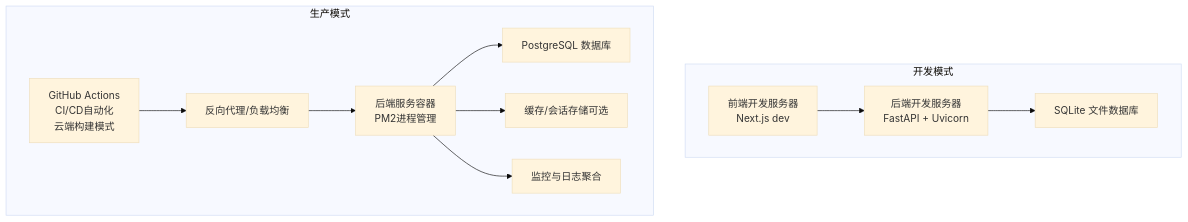
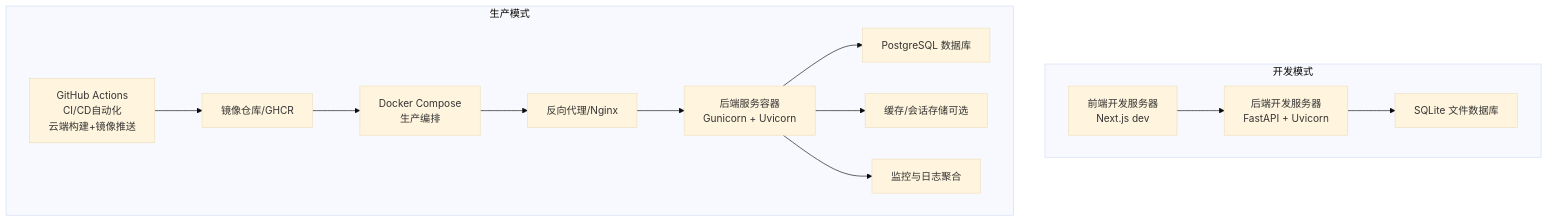
The second of 3 diagrams in .qoder/repowiki/zh/content/部署与运维/部署与运维.md (breeze-lyf/ai-stock-advisor), drawn with Mermaid (base theme) before and after one commit. The commit also changed other lines of this file and 10 other files, not shown here.

Commit message:
docs: Update AI analysis service documentation and refine GitHub Actions deployment workflow.

````diff
--- a/.qoder/repowiki/zh/content/部署与运维/部署与运维.md
+++ b/.qoder/repowiki/zh/content/部署与运维/部署与运维.md
@@ -160,23 +172,27 @@
 ```mermaid
 graph TB
 subgraph "开发模式"
 FEDEV["前端开发服务器<br/>Next.js dev"]
 BEDEV["后端开发服务器<br/>FastAPI + Uvicorn"]
 DBDEV["SQLite 文件数据库"]
 FEDEV --> BEDEV
 BEDEV --> DBDEV
 end
 subgraph "生产模式"
-NGINX["反向代理/负载均衡"]
-BEPROD["后端服务容器<br/>PM2进程管理"]
+NGINX["反向代理/Nginx"]
+GHCR["镜像仓库/GHCR"]
+DCP["Docker Compose<br/>生产编排"]
+BEPROD["后端服务容器<br/>Gunicorn + Uvicorn"]
 DBPROD["PostgreSQL 数据库"]
 REDIS["缓存/会话存储可选"]
 MON["监控与日志聚合"]
-GHA["GitHub Actions<br/>CI/CD自动化<br/>云端构建模式"]
-GHA --> NGINX
+GHA["GitHub Actions<br/>CI/CD自动化<br/>云端构建+镜像推送"]
+GHA --> GHCR
+GHCR --> DCP
+DCP --> NGINX
 NGINX --> BEPROD
 BEPROD --> DBPROD
 BEPROD --> REDIS
 BEPROD --> MON
 end
 ```
````
